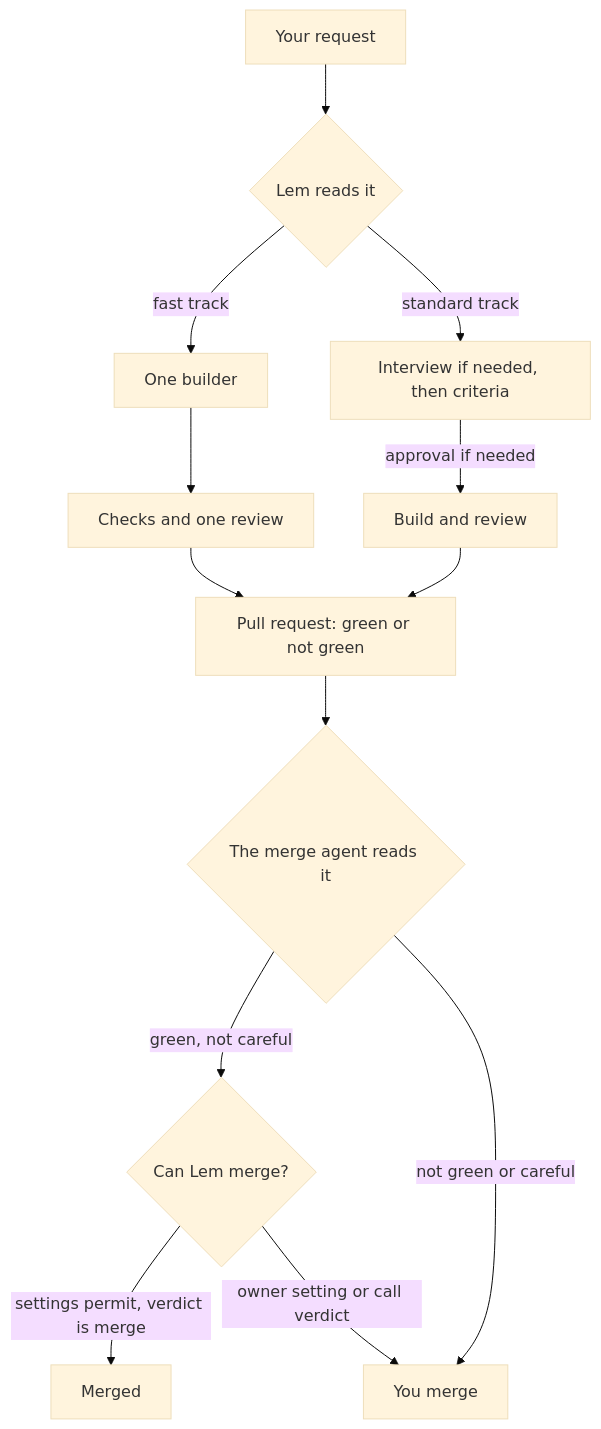
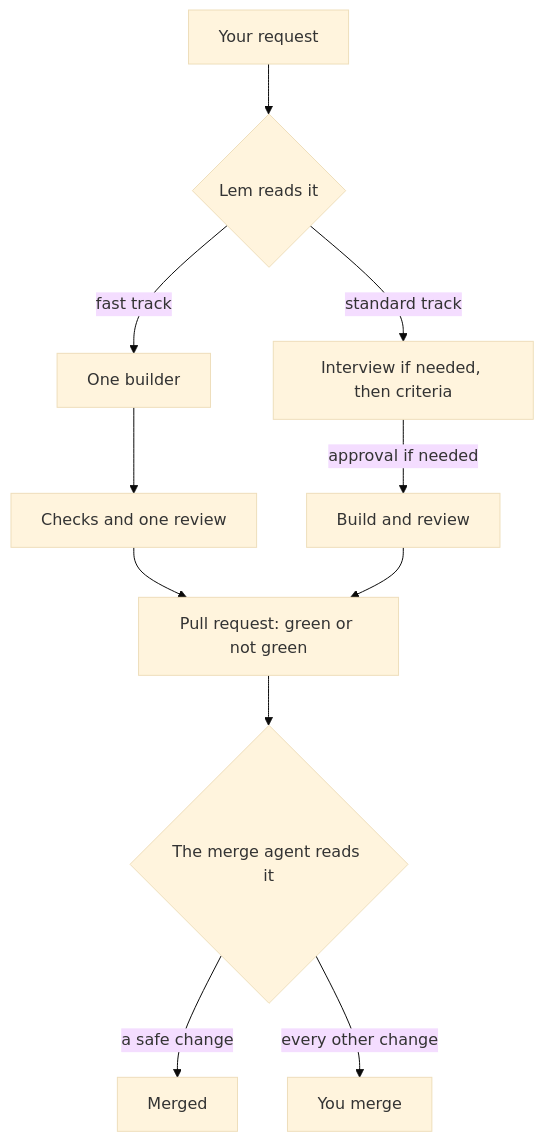
One commit to pySilver/lem changed the diagram in docs/index.md. Above: the diagram before and after it, drawn with Mermaid (base theme). The commit also changed other lines of this file and 34 other files, not shown here.

First line of the commit message:
docs: Fable's review of the whole docs: GitHub and gh are required, one page for tickets, one chart, the merge rule in two places, the night and the retro defined, one name for each thing

````diff
--- a/docs/index.md
+++ b/docs/index.md
@@ -42,15 +23,13 @@
 ```mermaid
 flowchart TD
   request["Your request"] --> read{"Lem reads it"}
   read -->|"fast track"| builder["One builder"]
   builder --> checks["Checks and one review"]
   read -->|"standard track"| talk["Interview if needed, then criteria"]
   talk -->|"approval if needed"| build["Build and review"]
   checks --> pr["Pull request: green or not green"]
   build --> pr
   pr --> merger{"The merge agent reads it"}
-  merger -->|"green, not careful"| allowed{"Can Lem merge?"}
-  allowed -->|"settings permit, verdict is merge"| merged["Merged"]
-  allowed -->|"owner setting or call verdict"| you["You merge"]
-  merger -->|"not green or careful"| you
+  merger -->|"a safe change"| merged["Merged"]
+  merger -->|"every other change"| you["You merge"]
 ```
````
